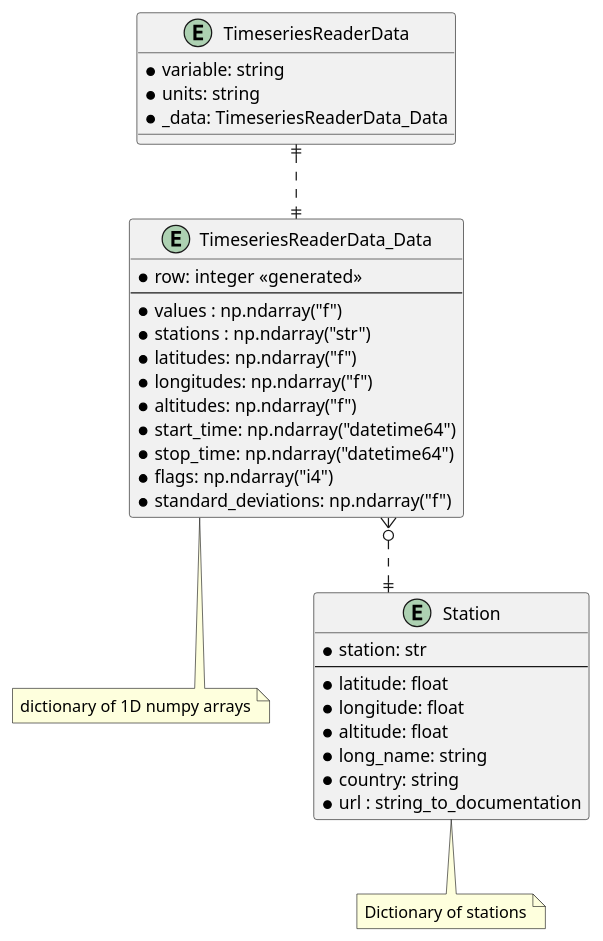
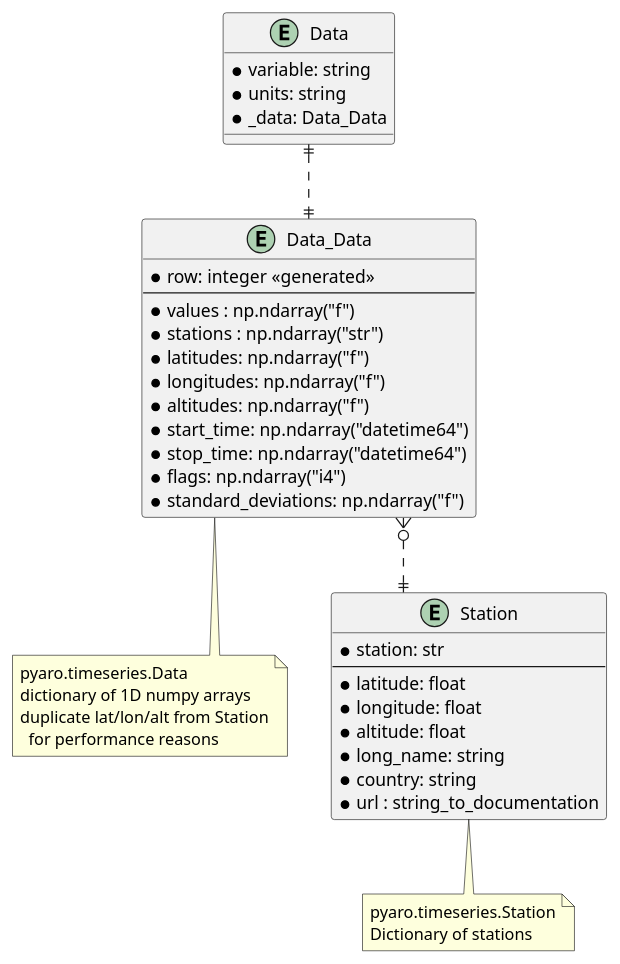
Before and after one commit to metno/pyaro: the diagram in docs/puml/TimeseriesReader.puml, drawn with PlantUML. The commit also changed 5 other files, not shown here.

```diff
--- a/docs/puml/TimeseriesReader.puml
+++ b/docs/puml/TimeseriesReader.puml
@@ -1,57 +1,61 @@
 @startuml
 ' hide the spot
 ' hide circle
 
 ' avoid problems with angled crows feet
 skinparam linetype ortho
 
-entity "TimeseriesReaderData" {
+entity "Data" {
   *variable: string
   *units: string
-  *_data: TimeseriesReaderData_Data
+  *_data: Data_Data
 }
 
-entity "TimeseriesReaderData_Data" {
+entity "Data_Data" {
   *row: integer <<generated>>
   --
   *values : np.ndarray("f")
   *stations : np.ndarray("str")
   *latitudes: np.ndarray("f")
   *longitudes: np.ndarray("f")
   *altitudes: np.ndarray("f")
   *start_time: np.ndarray("datetime64")
   *stop_time: np.ndarray("datetime64")
   *flags: np.ndarray("i4")
   *standard_deviations: np.ndarray("f")
 }
-note bottom of TimeseriesReaderData_Data
+note bottom of Data_Data
+pyaro.timeseries.Data
 dictionary of 1D numpy arrays
+duplicate lat/lon/alt from Station
+  for performance reasons
 end note
 
 entity "Station" {
   *station: str
   --
   *latitude: float
   *longitude: float
   *altitude: float
   *long_name: string
   *country: string
   *url : string_to_documentation
 }
 note bottom of Station
+pyaro.timeseries.Station
 Dictionary of stations
 end note
 
 ' entity "Variable" {
 '   *variable: string
 '   *units: string
 ' }
 ' note right of Variable
 ' Dictionary
 ' end note
 
-TimeseriesReaderData ||..|| TimeseriesReaderData_Data
-TimeseriesReaderData_Data }o..|| Station
+Data ||..|| Data_Data
+Data_Data }o..|| Station
 ' TimeseriesReaderData }o..|| Variable
 
 @enduml
```
